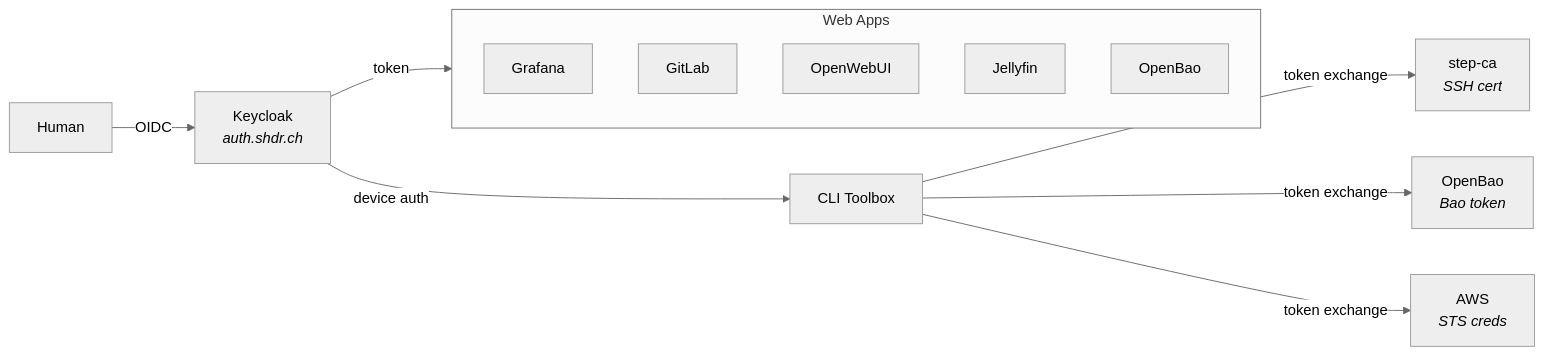
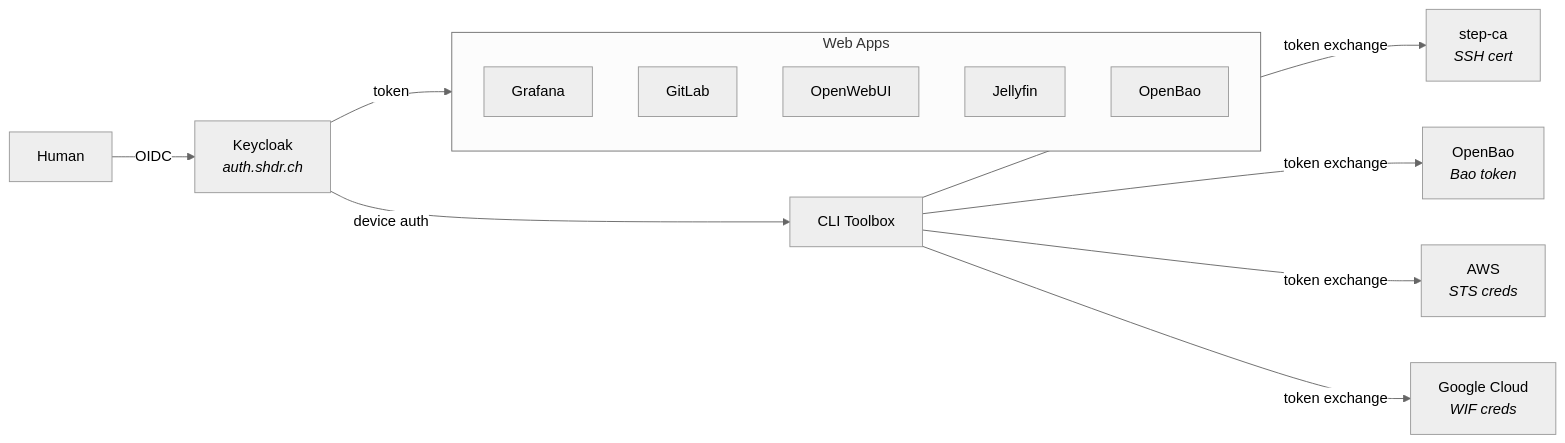
One commit to shedrachokonofua/aether changed the second of 4 diagrams in docs/trust-model.md. Above: the diagram before and after it, drawn with Mermaid (neutral theme). The commit also changed other lines of this file and 14 other files, not shown here.

````diff
--- a/docs/trust-model.md
+++ b/docs/trust-model.md
@@ -162,19 +162,20 @@
 ```mermaid
 flowchart LR
     Human[Human] -->|OIDC| Keycloak[Keycloak<br/><i>auth.shdr.ch</i>]
 
     Keycloak -->|token| Apps
     Keycloak -->|device auth| CLI[CLI Toolbox]
 
     subgraph Apps["Web Apps"]
         Grafana
         GitLab
         OpenWebUI
         Jellyfin
         OpenBao
     end
 
     CLI -->|token exchange| StepCA[step-ca<br/><i>SSH cert</i>]
     CLI -->|token exchange| Bao[OpenBao<br/><i>Bao token</i>]
     CLI -->|token exchange| AWS[AWS<br/><i>STS creds</i>]
+    CLI -->|token exchange| GCP[Google Cloud<br/><i>WIF creds</i>]
 ```
````
